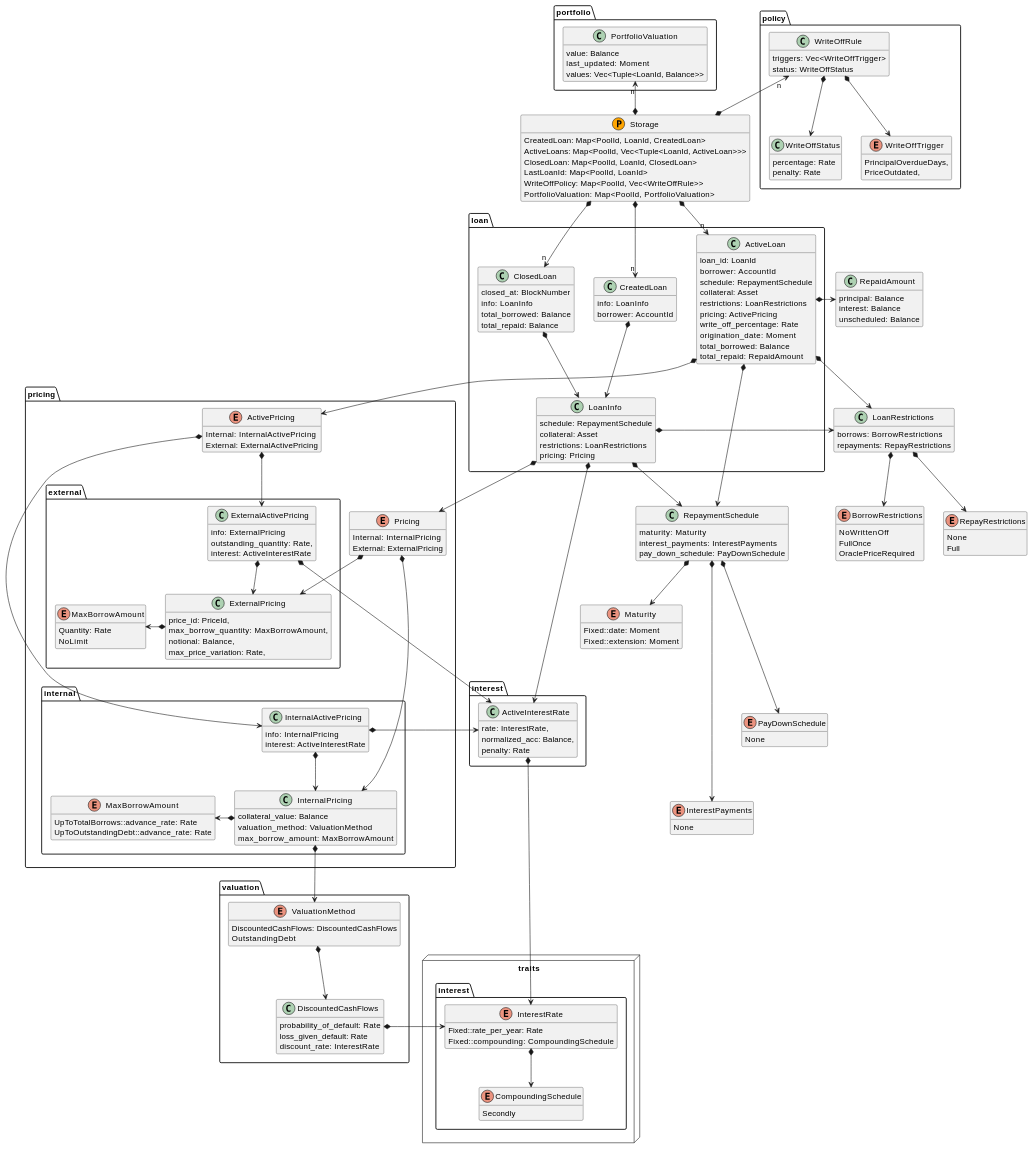
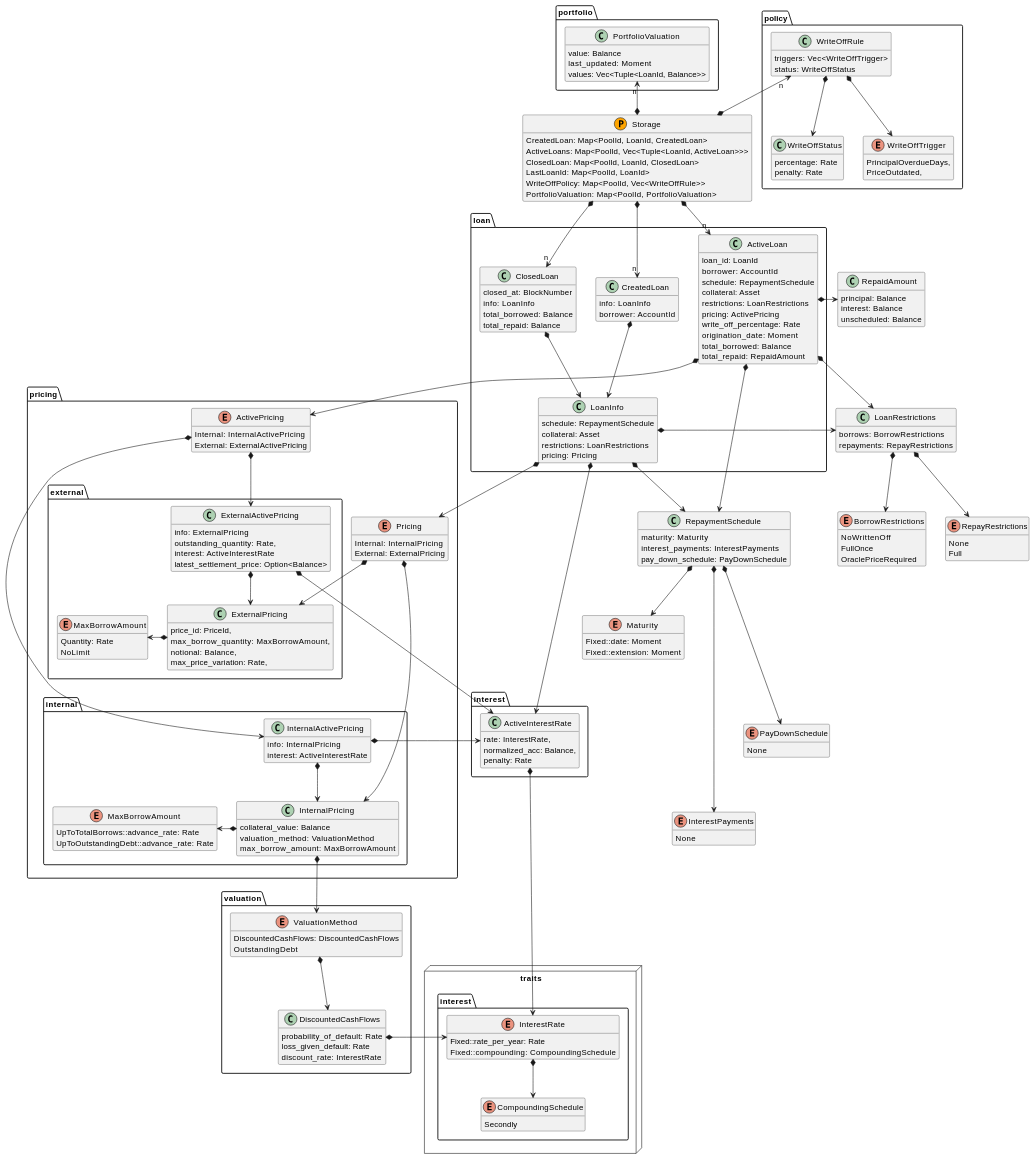
The diagram in pallets/loans/docs/types.md (centrifuge/centrifuge-chain), drawn with PlantUML before and after one commit.

Commit message:
Add type doc

```diff
--- a/pallets/loans/docs/types.md
+++ b/pallets/loans/docs/types.md
@@ -166,6 +166,7 @@
             info: ExternalPricing
             outstanding_quantity: Rate,
             interest: ActiveInterestRate
+            latest_settlement_price: Option<Balance>
         }
 
         ExternalActivePricing *-r-> ActiveInterestRate
```
